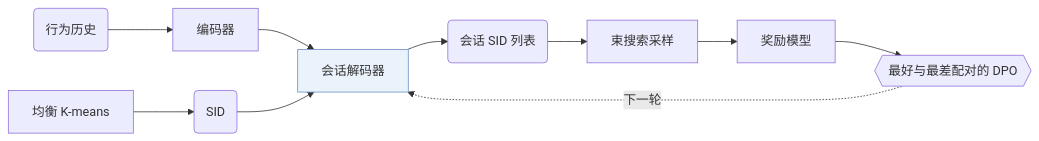
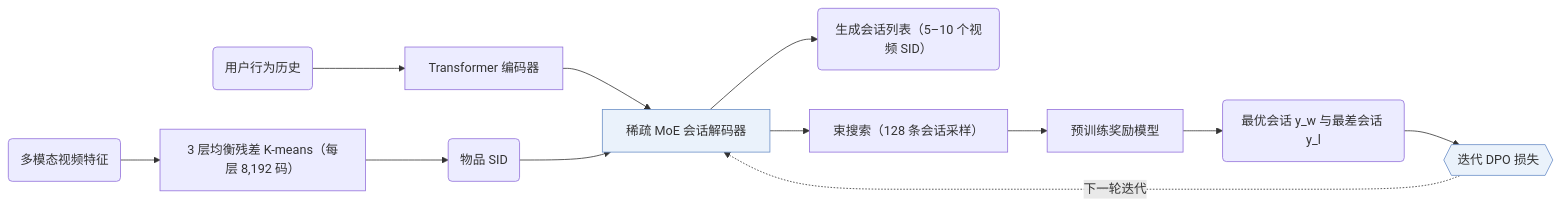
The diagram in notes/zh/onerec.md (Galaxy-ghost/Awesome-SID-Generative-Rec), drawn with Mermaid before and after one commit. The commit also changed other lines of this file and 649 other files, not shown here.

Commit message:
writer-05: also tags and modality index (schema, check, build, visuals); summary field removed; calibration data for 12 papers

````diff
--- a/notes/zh/onerec.md
+++ b/notes/zh/onerec.md
@@ -15,12 +16,15 @@
 ```mermaid
 flowchart LR
-    A("行为历史") --> B["编码器"]
-    B --> C["会话解码器"]:::key
-    C --> D("会话 SID 列表")
-    E["均衡 K-means"] --> F("SID") --> C
-    D --> G["束搜索采样"]
-    G --> H["奖励模型"]
-    H --> L{{"最好与最差配对的 DPO"}}
-    L -.->|下一轮| C
+    V("多模态视频特征") --> K["3 层均衡残差 K-means（每层 8,192 码）"]
+    K --> S("物品 SID")
+    A("用户行为历史") --> B["Transformer 编码器"]
+    B --> C["稀疏 MoE 会话解码器"]:::key
+    S --> C
+    C --> D("生成会话列表（5–10 个视频 SID）")
+    C --> G["束搜索（128 条会话采样）"]
+    G --> H["预训练奖励模型"]
+    H --> P("最优会话 y_w 与最差会话 y_l")
+    P --> L{{"迭代 DPO 损失"}}:::key
+    L -.->|"下一轮迭代"| C
     classDef key fill:#eaf2fb,stroke:#6b8fc7
 ```
````
